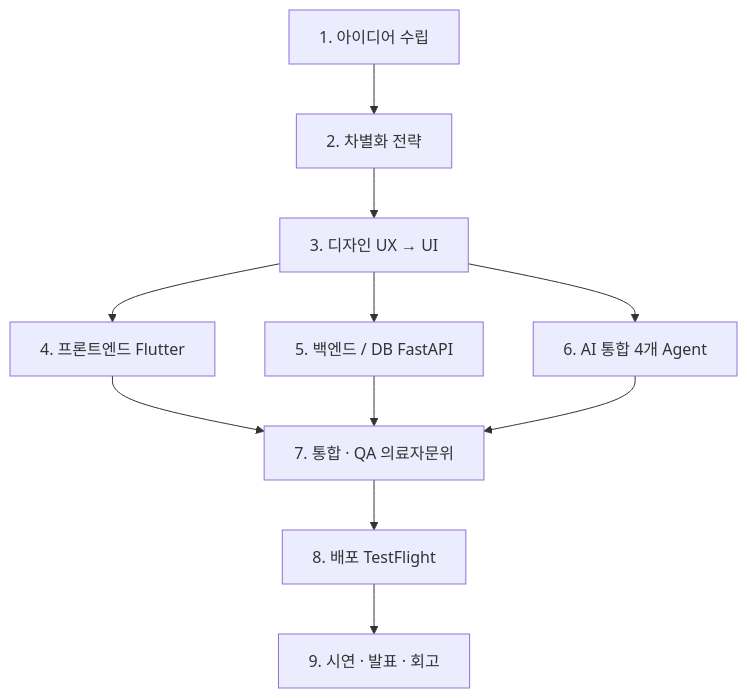
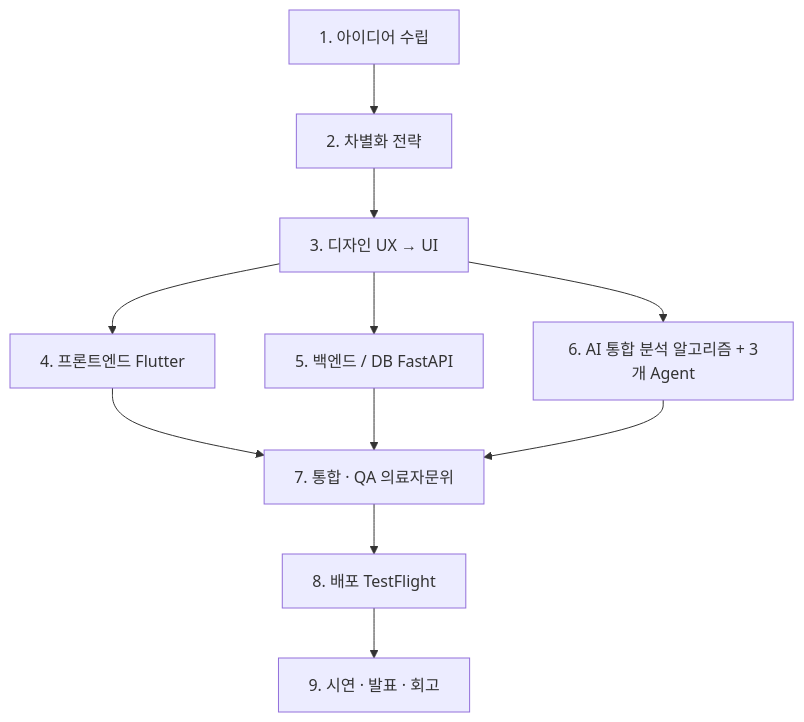
One commit to Lemon-Aid-KDT/Lemon-sin changed the first of 3 diagrams in docs/guide/09-team-workflow.md. Above: the diagram before and after it, drawn with Mermaid. The commit also changed other lines of this file and 49 other files, not shown here.

````diff
--- a/docs/guide/09-team-workflow.md
+++ b/docs/guide/09-team-workflow.md
@@ -10,13 +10,13 @@
 ```mermaid
 flowchart TB
     S1[1. 아이디어 수립] --> S2[2. 차별화 전략]
     S2 --> S3[3. 디자인 UX → UI]
     S3 --> S4[4. 프론트엔드 Flutter]
     S3 --> S5[5. 백엔드 / DB FastAPI]
-    S3 --> S6[6. AI 통합 4개 Agent]
+    S3 --> S6[6. AI 통합 분석 알고리즘 + 3개 Agent]
     S4 --> S7[7. 통합 · QA 의료자문위]
     S5 --> S7
     S6 --> S7
     S7 --> S8[8. 배포 TestFlight]
     S8 --> S9[9. 시연 · 발표 · 회고]
 ```
````
